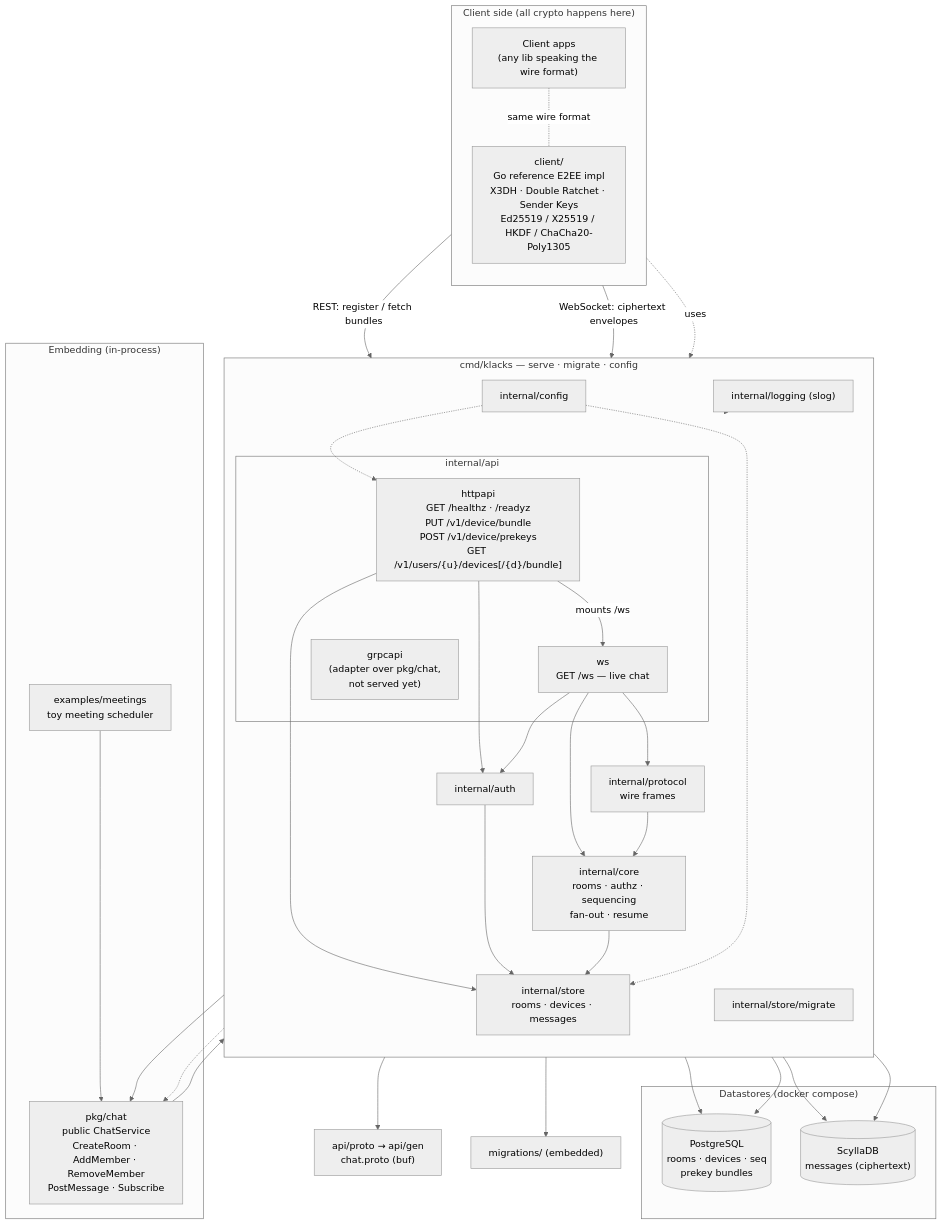
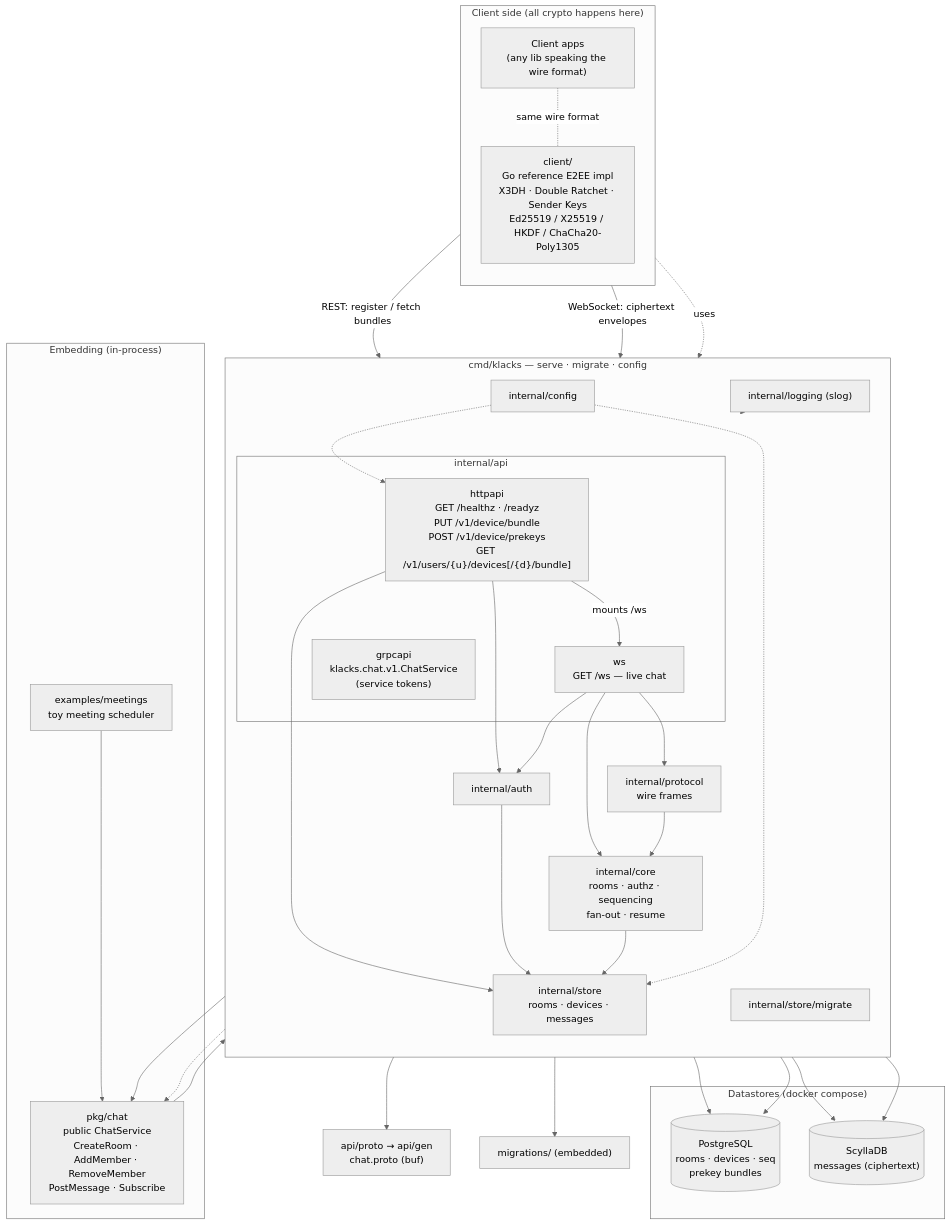
The diagram in docs/architecture.md (lioneljmorrison/klacks), drawn with Mermaid (neutral theme) before and after one commit. The commit also changed other lines of this file and 7 other files, not shown here.

First line of the commit message:
S-45: serve gRPC from klacks serve with service-token auth

````diff
--- a/docs/architecture.md
+++ b/docs/architecture.md
@@ -7,73 +7,73 @@
 ```mermaid
 flowchart TB
     %% ---------- Clients ----------
     subgraph Clients["Client side (all crypto happens here)"]
         direction TB
         RefClient["client/<br/>Go reference E2EE impl<br/>X3DH · Double Ratchet · Sender Keys<br/>Ed25519 / X25519 / HKDF / ChaCha20-Poly1305"]
         Apps["Client apps<br/>(any lib speaking the wire format)"]
     end
 
     %% ---------- Embedders ----------
     subgraph Embed["Embedding (in-process)"]
         Example["examples/meetings<br/>toy meeting scheduler"]
         PkgChat["pkg/chat<br/>public ChatService<br/>CreateRoom · AddMember · RemoveMember<br/>PostMessage · Subscribe"]
     end
 
     %% ---------- Server binary ----------
     subgraph Server["cmd/klacks — serve · migrate · config"]
         direction TB
         subgraph Transports["internal/api"]
             HTTP["httpapi<br/>GET /healthz · /readyz<br/>PUT /v1/device/bundle<br/>POST /v1/device/prekeys<br/>GET /v1/users/{u}/devices[/{d}/bundle]"]
             WS["ws<br/>GET /ws — live chat"]
-            GRPC["grpcapi<br/>(adapter over pkg/chat,<br/>not served yet)"]
+            GRPC["grpcapi<br/>klacks.chat.v1.ChatService<br/>(service tokens)"]
         end
         Auth["internal/auth"]
         Protocol["internal/protocol<br/>wire frames"]
         Core["internal/core<br/>rooms · authz · sequencing<br/>fan-out · resume"]
         Store["internal/store<br/>rooms · devices · messages"]
         Migrate["internal/store/migrate"]
         Config["internal/config"]
         Logging["internal/logging (slog)"]
     end
 
     Proto["api/proto → api/gen<br/>chat.proto (buf)"]
     Migrations["migrations/ (embedded)"]
 
     %% ---------- Datastores ----------
     subgraph Data["Datastores (docker compose)"]
         PG[("PostgreSQL<br/>rooms · devices · seq<br/>prekey bundles")]
         Scylla[("ScyllaDB<br/>messages (ciphertext)")]
     end
 
     %% ---------- Edges ----------
     Apps -. "same wire format" .- RefClient
     RefClient -- "REST: register / fetch bundles" --> HTTP
     RefClient -- "WebSocket: ciphertext envelopes" --> WS
     RefClient -. "uses" .-> Protocol
 
     Example --> PkgChat
     PkgChat --> Core
     GRPC --> PkgChat
     GRPC --> Proto
 
     HTTP --> Auth
     HTTP --> Store
     HTTP -- "mounts /ws" --> WS
     WS --> Auth
     WS --> Protocol
     WS --> Core
     Protocol --> Core
     Auth --> Store
     Core --> Store
 
     Store --> PG
     Store --> Scylla
     Migrate --> Migrations
     Migrate --> PG
     Migrate --> Scylla
 
     Config -.-> Store
     Config -.-> HTTP
     Config -.-> PkgChat
     Logging -.-> Server
 ```
````
